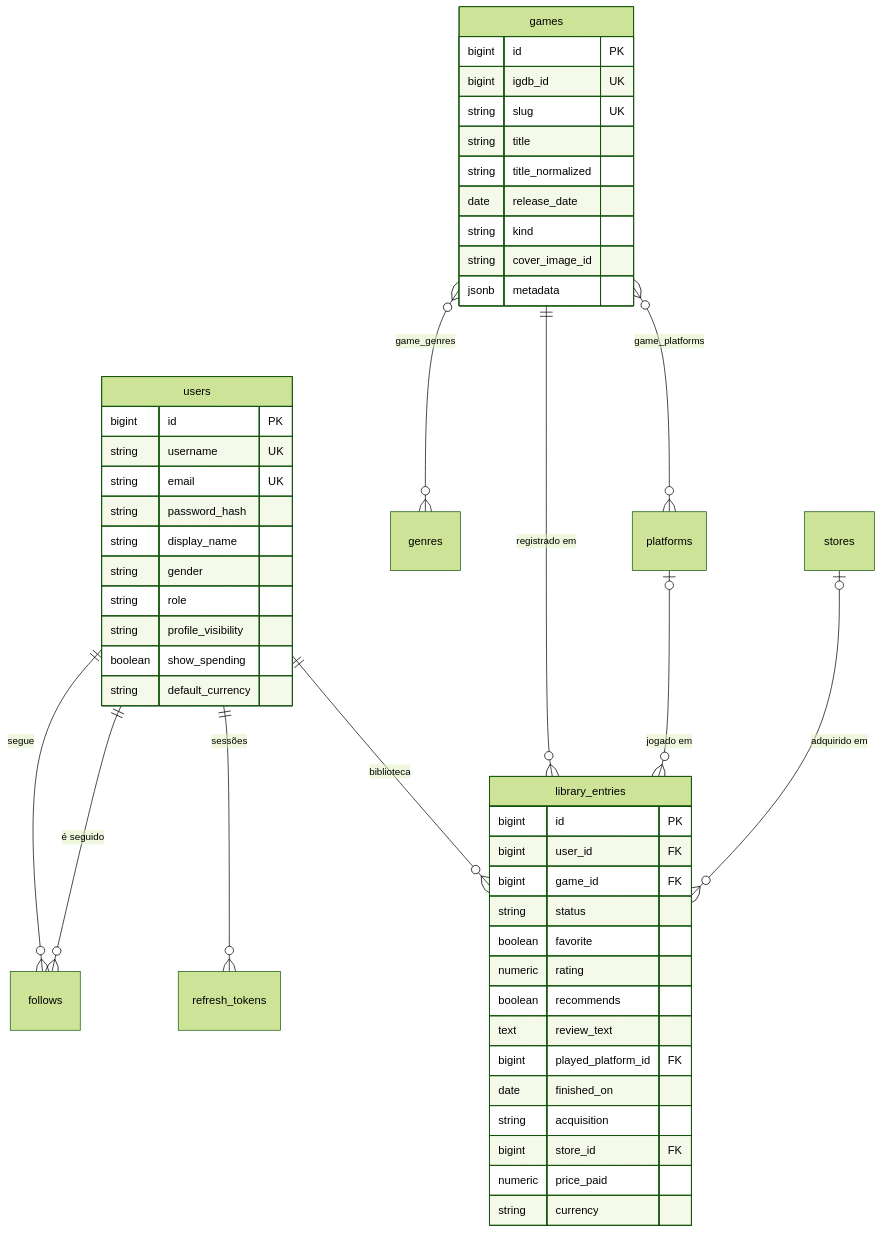
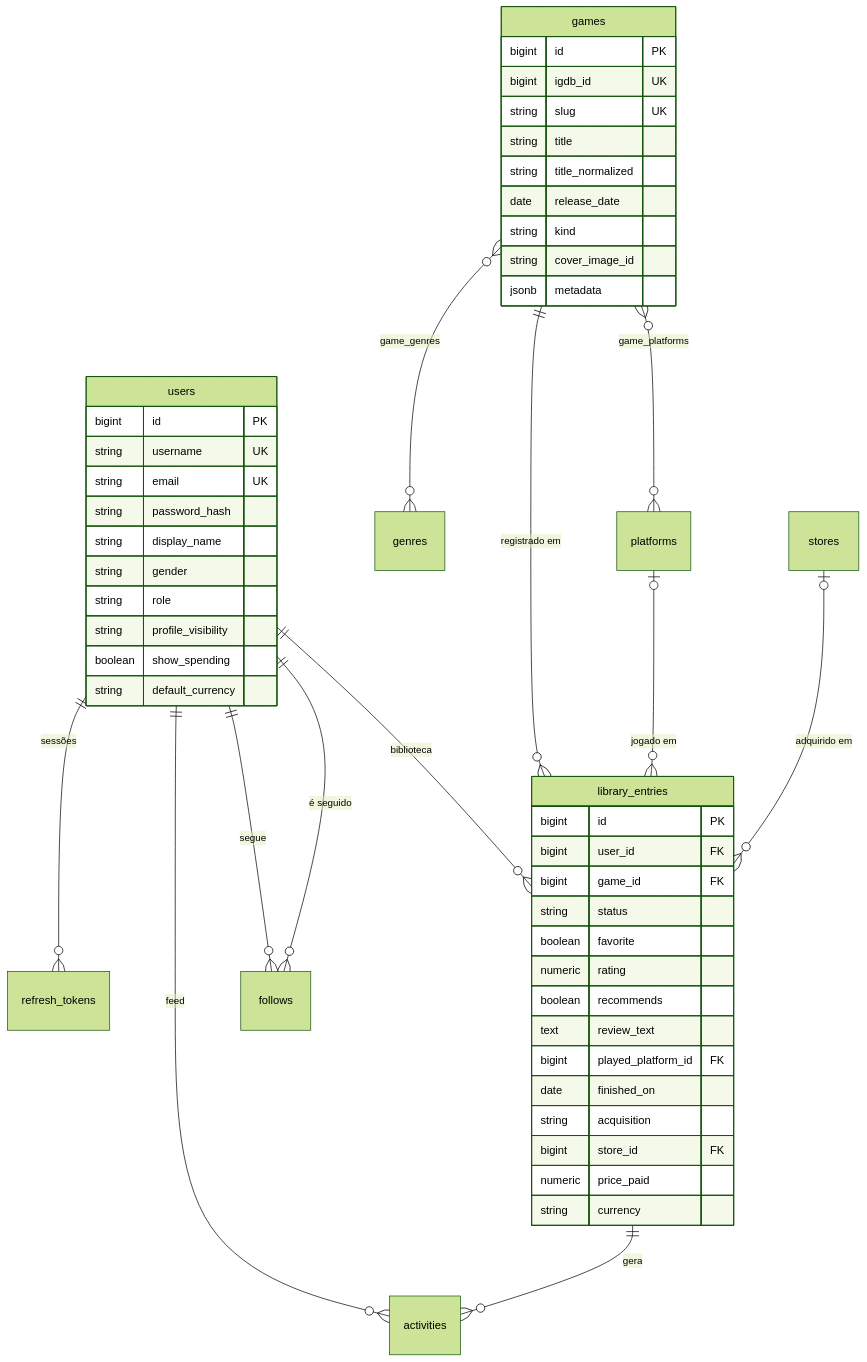
Before and after one commit to kauanunnes/game-log-backend: the diagram in docs/03-modelo-de-dados.md, drawn with Mermaid (forest theme). The commit also changed other lines of this file and 6 other files, not shown here.

````diff
--- a/docs/03-modelo-de-dados.md
+++ b/docs/03-modelo-de-dados.md
@@ -7,52 +7,54 @@
 ```mermaid
 erDiagram
     users ||--o{ refresh_tokens : "sessões"
     users ||--o{ library_entries : "biblioteca"
     users ||--o{ follows : "segue"
     users ||--o{ follows : "é seguido"
+    users ||--o{ activities : "feed"
+    library_entries ||--o{ activities : "gera"
     games ||--o{ library_entries : "registrado em"
     games }o--o{ genres : "game_genres"
     games }o--o{ platforms : "game_platforms"
     platforms |o--o{ library_entries : "jogado em"
     stores |o--o{ library_entries : "adquirido em"
 
     users {
         bigint id PK
         string username UK
         string email UK
         string password_hash
         string display_name
         string gender
         string role
         string profile_visibility
         boolean show_spending
         string default_currency
     }
     games {
         bigint id PK
         bigint igdb_id UK
         string slug UK
         string title
         string title_normalized
         date release_date
         string kind
         string cover_image_id
         jsonb metadata
     }
     library_entries {
         bigint id PK
         bigint user_id FK
         bigint game_id FK
         string status
         boolean favorite
         numeric rating
         boolean recommends
         text review_text
         bigint played_platform_id FK
         date finished_on
         string acquisition
         bigint store_id FK
         numeric price_paid
         string currency
     }
 ```
````
